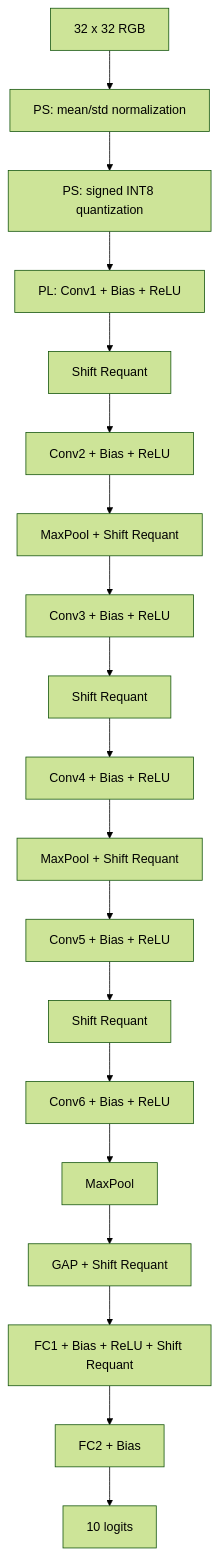
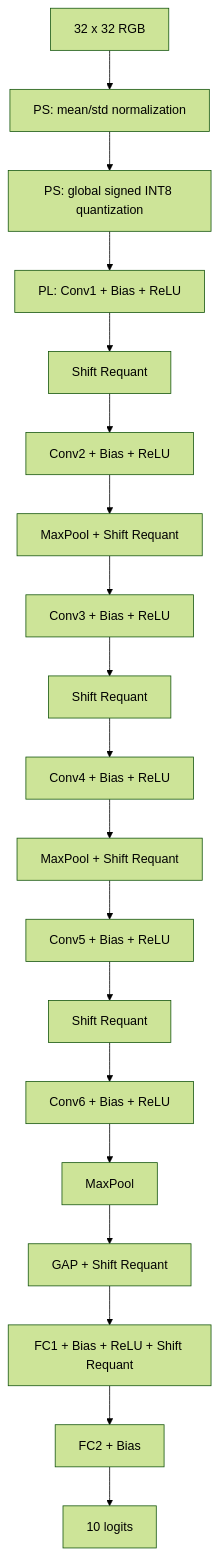
The diagram in docs/inference_model.md (kooseo1296-debug/Project-2), drawn with Mermaid (forest theme) before and after one commit. The commit also changed other lines of this file, not shown here.

````diff
--- a/docs/inference_model.md
+++ b/docs/inference_model.md
@@ -849,21 +500,21 @@
 ```mermaid
 flowchart TD
     RGB[32 x 32 RGB] --> PSN[PS: mean/std normalization]
-    PSN --> PSQ[PS: signed INT8 quantization]
+    PSN --> PSQ[PS: global signed INT8 quantization]
     PSQ --> C1[PL: Conv1 + Bias + ReLU]
     C1 --> R1[Shift Requant]
     R1 --> C2[Conv2 + Bias + ReLU]
     C2 --> P1[MaxPool + Shift Requant]
     P1 --> C3[Conv3 + Bias + ReLU]
     C3 --> R3[Shift Requant]
     R3 --> C4[Conv4 + Bias + ReLU]
     C4 --> P2[MaxPool + Shift Requant]
     P2 --> C5[Conv5 + Bias + ReLU]
     C5 --> R5[Shift Requant]
     R5 --> C6[Conv6 + Bias + ReLU]
     C6 --> P3[MaxPool]
     P3 --> GAP[GAP + Shift Requant]
     GAP --> F1[FC1 + Bias + ReLU + Shift Requant]
     F1 --> F2[FC2 + Bias]
     F2 --> LOG[10 logits]
 ```
````
